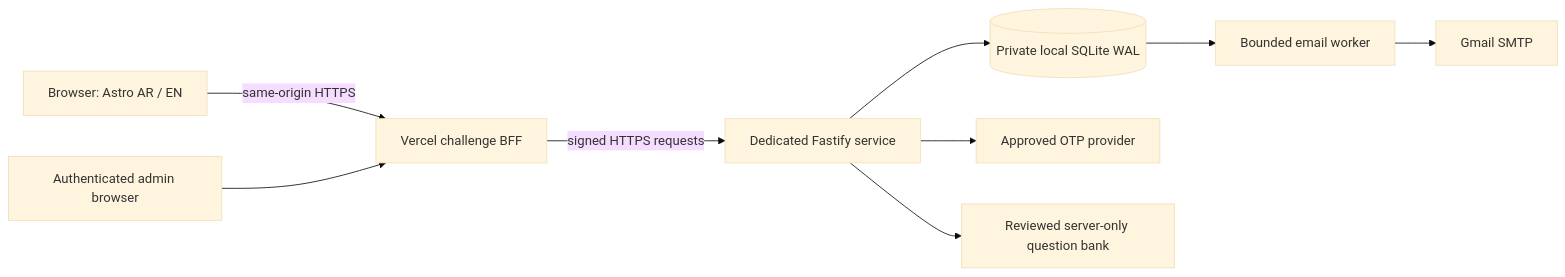
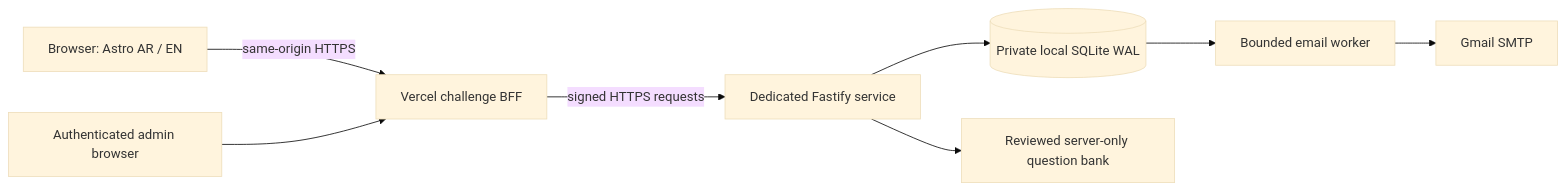
Before and after one commit to AhmedSalem104/top-gym-website: the diagram in docs/CHALLENGE.md, drawn with Mermaid (base theme). The commit also changed other lines of this file and 59 other files, not shown here.

````diff
--- a/docs/CHALLENGE.md
+++ b/docs/CHALLENGE.md
@@ -23,11 +27,10 @@
 ```mermaid
 flowchart LR
     Visitor[Browser: Astro AR / EN] -->|same-origin HTTPS| Gateway[Vercel challenge BFF]
     Gateway -->|signed HTTPS requests| API[Dedicated Fastify service]
     API --> DB[(Private local SQLite WAL)]
-    API --> OTP[Approved OTP provider]
     API --> Bank[Reviewed server-only question bank]
     DB --> Outbox[Bounded email worker]
     Outbox --> Gmail[Gmail SMTP]
     Admin[Authenticated admin browser] --> Gateway
 ```
````
